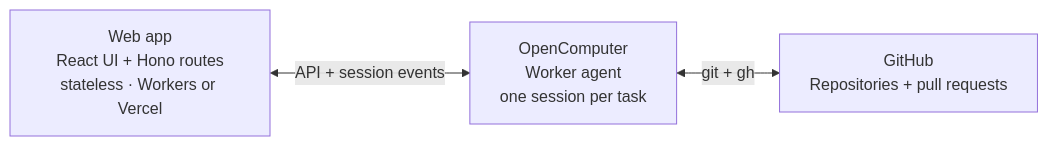
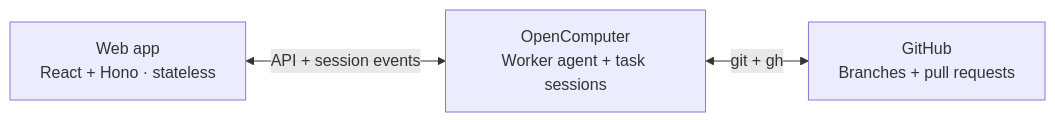
The diagram in README.md (diggerhq/opencomputer-workbench), drawn with Mermaid before and after one commit. The commit also changed other lines of this file, not shown here.

Commit message:
Tell the Workbench story through a task from handoff to review

````diff
--- a/README.md
+++ b/README.md
@@ -22,8 +17,8 @@
 ```mermaid
 flowchart LR
-  App["Web app<br/>React UI + Hono routes<br/>stateless · Workers or Vercel"]
-  OC["OpenComputer<br/>Worker agent<br/>one session per task"]
-  GitHub["GitHub<br/>Repositories + pull requests"]
+  App["Web app<br/>React + Hono · stateless"]
+  OC["OpenComputer<br/>Worker agent + task sessions"]
+  GitHub["GitHub<br/>Branches + pull requests"]
   App <-->|API + session events| OC
   OC <-->|git + gh| GitHub
 ```
````
